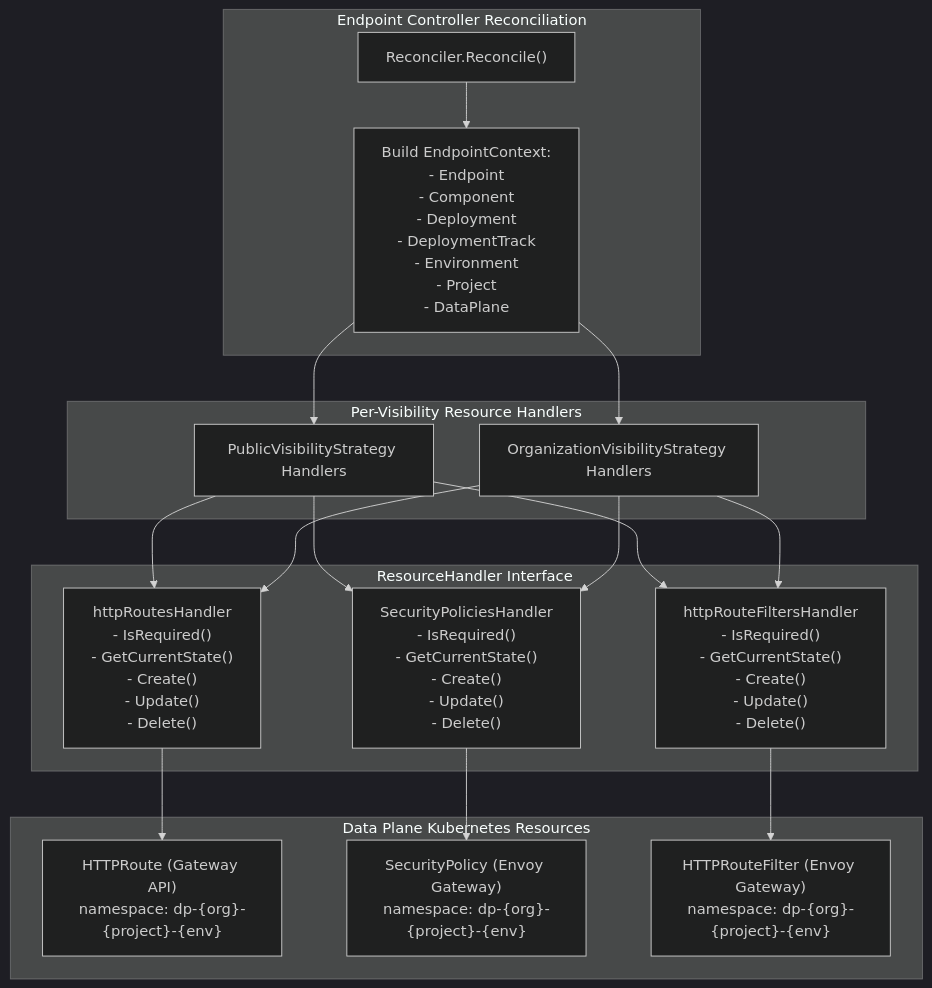
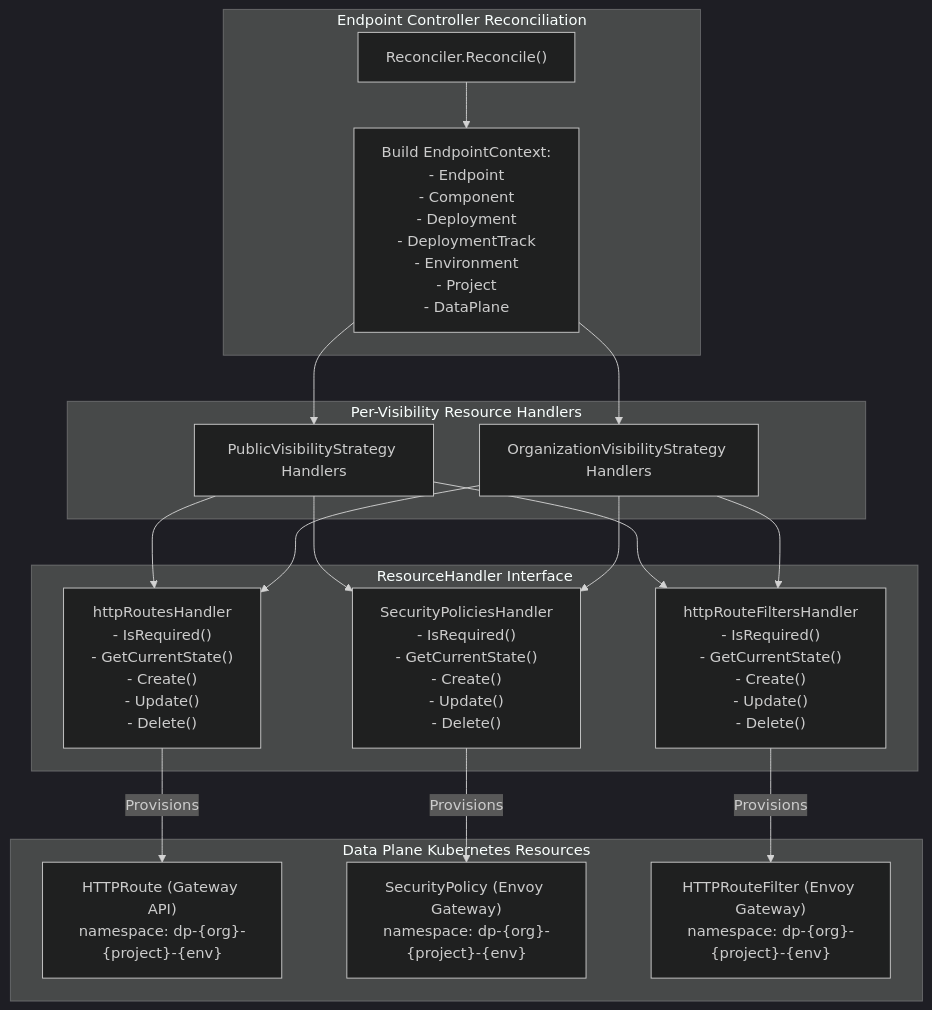
One commit to openchoreo/openchoreo changed the ninth of 10 diagrams in docs/deepwiki/Cell-Runtime-Model.md. Above: the diagram before and after it, drawn with Mermaid (dark theme). The commit also changed other lines of this file and 85 other files, not shown here.

Commit message:
feat: Add new workflow and specification templates, update Helm chart dependencies, and clarify documentation diagrams.

````diff
--- a/docs/deepwiki/Cell-Runtime-Model.md
+++ b/docs/deepwiki/Cell-Runtime-Model.md
@@ -508,49 +508,49 @@
 ```mermaid
 flowchart TD
 
 Reconcile["Reconciler.Reconcile()"]
 Context["Build EndpointContext:<br>- Endpoint<br>- Component<br>- Deployment<br>- DeploymentTrack<br>- Environment<br>- Project<br>- DataPlane"]
 PubHandlers["PublicVisibilityStrategy Handlers"]
 OrgHandlers["OrganizationVisibilityStrategy Handlers"]
 HTTPRouteHandler["httpRoutesHandler<br>- IsRequired()<br>- GetCurrentState()<br>- Create()<br>- Update()<br>- Delete()"]
 SecurityPolicyHandler["SecurityPoliciesHandler<br>- IsRequired()<br>- GetCurrentState()<br>- Create()<br>- Update()<br>- Delete()"]
 HTTPRouteFilterHandler["httpRouteFiltersHandler<br>- IsRequired()<br>- GetCurrentState()<br>- Create()<br>- Update()<br>- Delete()"]
 HTTPRoute["HTTPRoute (Gateway API)<br>namespace: dp-{org}-{project}-{env}"]
 SecurityPolicy["SecurityPolicy (Envoy Gateway)<br>namespace: dp-{org}-{project}-{env}"]
 HTTPRouteFilter["HTTPRouteFilter (Envoy Gateway)<br>namespace: dp-{org}-{project}-{env}"]
 
 Context --> PubHandlers
 Context --> OrgHandlers
 PubHandlers --> HTTPRouteHandler
 PubHandlers --> SecurityPolicyHandler
 PubHandlers --> HTTPRouteFilterHandler
 OrgHandlers --> HTTPRouteHandler
 OrgHandlers --> SecurityPolicyHandler
 OrgHandlers --> HTTPRouteFilterHandler
-HTTPRouteHandler --> HTTPRoute
-SecurityPolicyHandler --> SecurityPolicy
-HTTPRouteFilterHandler --> HTTPRouteFilter
+HTTPRouteHandler -->|"Provisions"| HTTPRoute
+SecurityPolicyHandler -->|"Provisions"| SecurityPolicy
+HTTPRouteFilterHandler -->|"Provisions"| HTTPRouteFilter
 
 subgraph DataPlaneResources ["Data Plane Kubernetes Resources"]
     HTTPRoute
     SecurityPolicy
     HTTPRouteFilter
 end
 
 subgraph ResourceHandlers ["ResourceHandler Interface"]
     HTTPRouteHandler
     SecurityPolicyHandler
     HTTPRouteFilterHandler
 end
 
 subgraph VisibilityHandlers ["Per-Visibility Resource Handlers"]
     PubHandlers
     OrgHandlers
 end
 
 subgraph EndpointReconciler ["Endpoint Controller Reconciliation"]
     Reconcile
     Context
     Reconcile --> Context
 end
 ```
````
